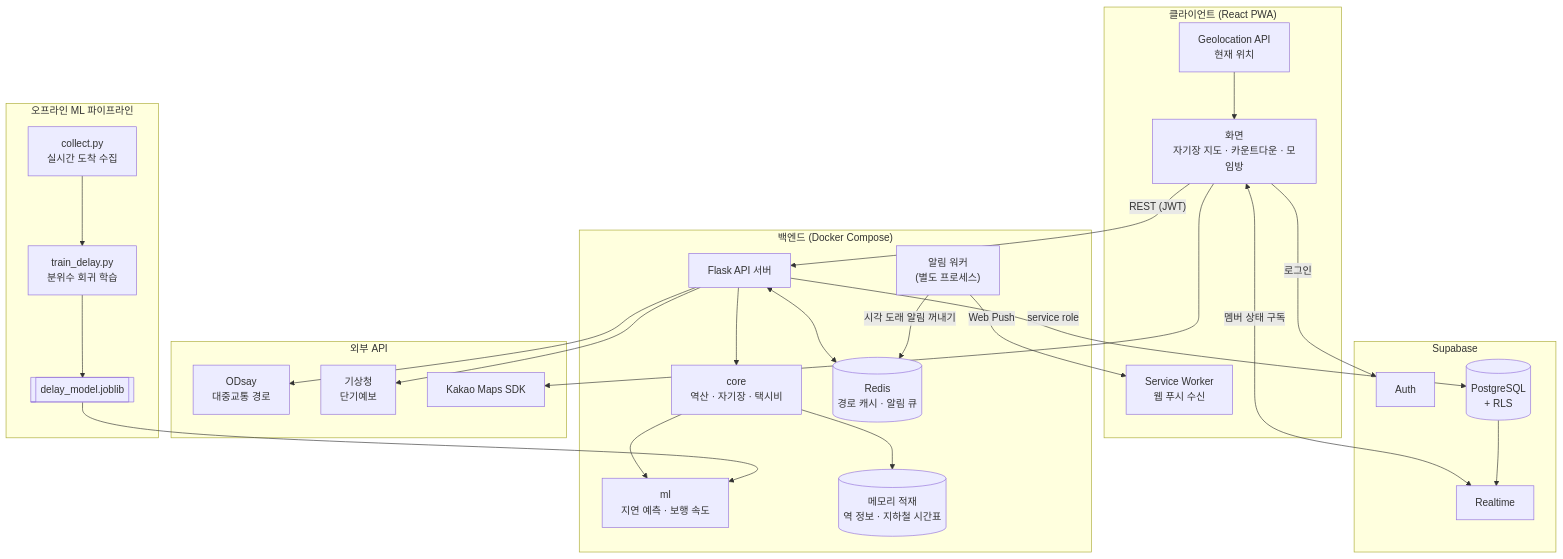
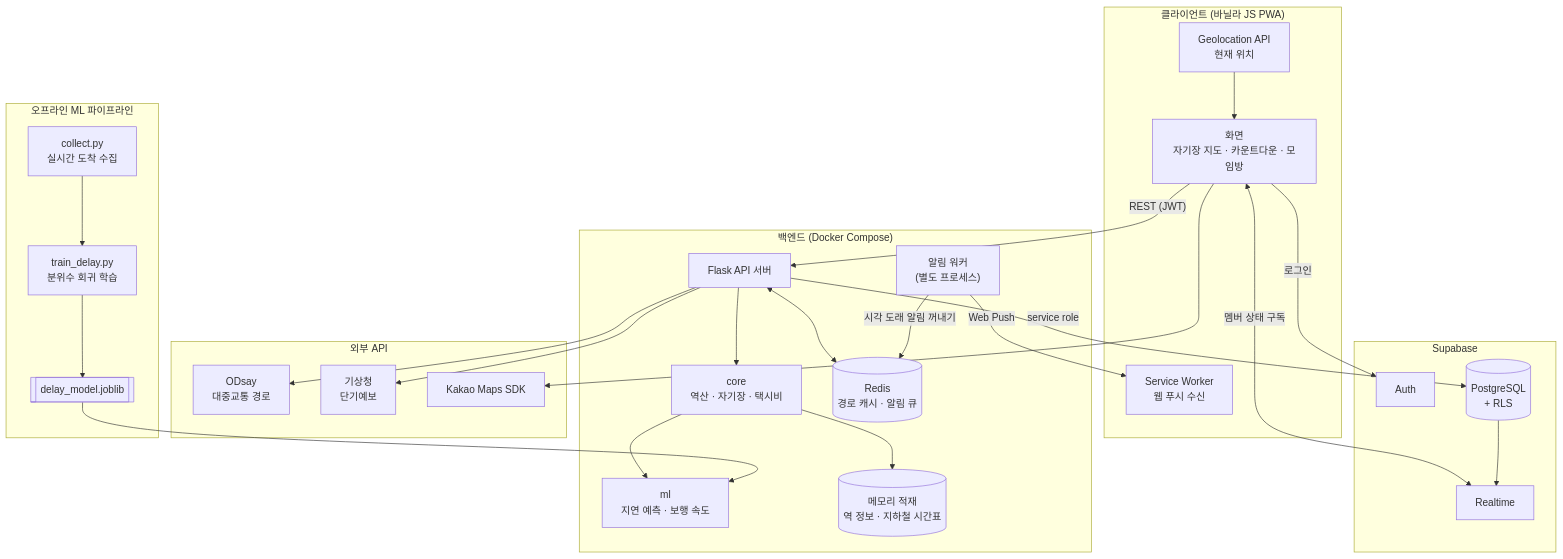
Before and after one commit to jeonghwang998-droid/lasttrain-zone: the first of 7 diagrams in README.md, drawn with Mermaid. The commit also changed other lines of this file and 31 other files, not shown here.

````diff
--- a/README.md
+++ b/README.md
@@ -61,55 +60,55 @@
 ```mermaid
 flowchart TB
-    subgraph Client["클라이언트 (React PWA)"]
+    subgraph Client["클라이언트 (바닐라 JS PWA)"]
         UI["화면<br/>자기장 지도 · 카운트다운 · 모임방"]
         SW["Service Worker<br/>웹 푸시 수신"]
         GEO["Geolocation API<br/>현재 위치"]
     end
 
     subgraph Backend["백엔드 (Docker Compose)"]
         API["Flask API 서버"]
         CORE["core<br/>역산 · 자기장 · 택시비"]
         ML["ml<br/>지연 예측 · 보행 속도"]
         WORKER["알림 워커<br/>(별도 프로세스)"]
         REDIS[("Redis<br/>경로 캐시 · 알림 큐")]
         TT[("메모리 적재<br/>역 정보 · 지하철 시간표")]
     end
 
     subgraph Supabase["Supabase"]
         AUTH["Auth"]
         PG[("PostgreSQL<br/>+ RLS")]
         RT["Realtime"]
     end
 
     subgraph External["외부 API"]
         ODSAY["ODsay<br/>대중교통 경로"]
         KMA["기상청<br/>단기예보"]
         KAKAO["Kakao Maps SDK"]
     end
 
     subgraph Offline["오프라인 ML 파이프라인"]
         COLLECT["collect.py<br/>실시간 도착 수집"]
         TRAIN["train_delay.py<br/>분위수 회귀 학습"]
         MODEL[["delay_model.joblib"]]
     end
 
     GEO --> UI
     UI -- "REST (JWT)" --> API
     UI -- "로그인" --> AUTH
     UI <-- "멤버 상태 구독" --> RT
     UI --> KAKAO
 
     API --> CORE
     CORE --> ML
     CORE --> TT
     API <--> REDIS
     API -- "service role" --> PG
     API --> ODSAY
     API --> KMA
     PG --> RT
 
     WORKER -- "시각 도래 알림 꺼내기" --> REDIS
     WORKER -- "Web Push" --> SW
 
     COLLECT --> TRAIN --> MODEL --> ML
 ```
````
